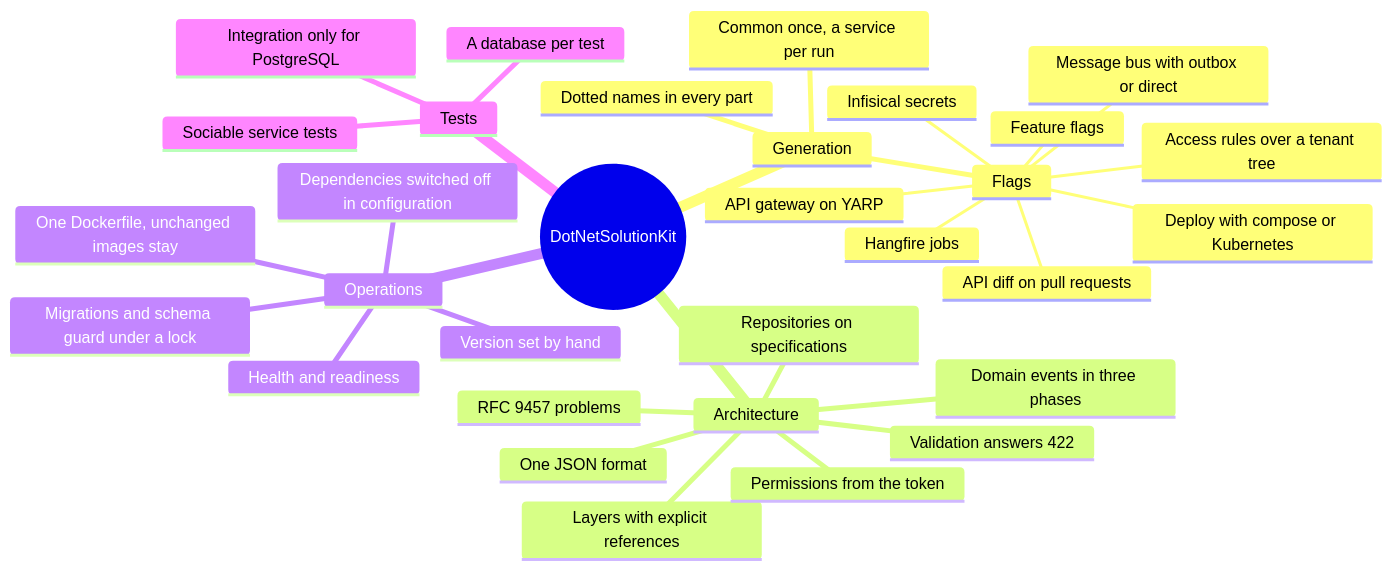
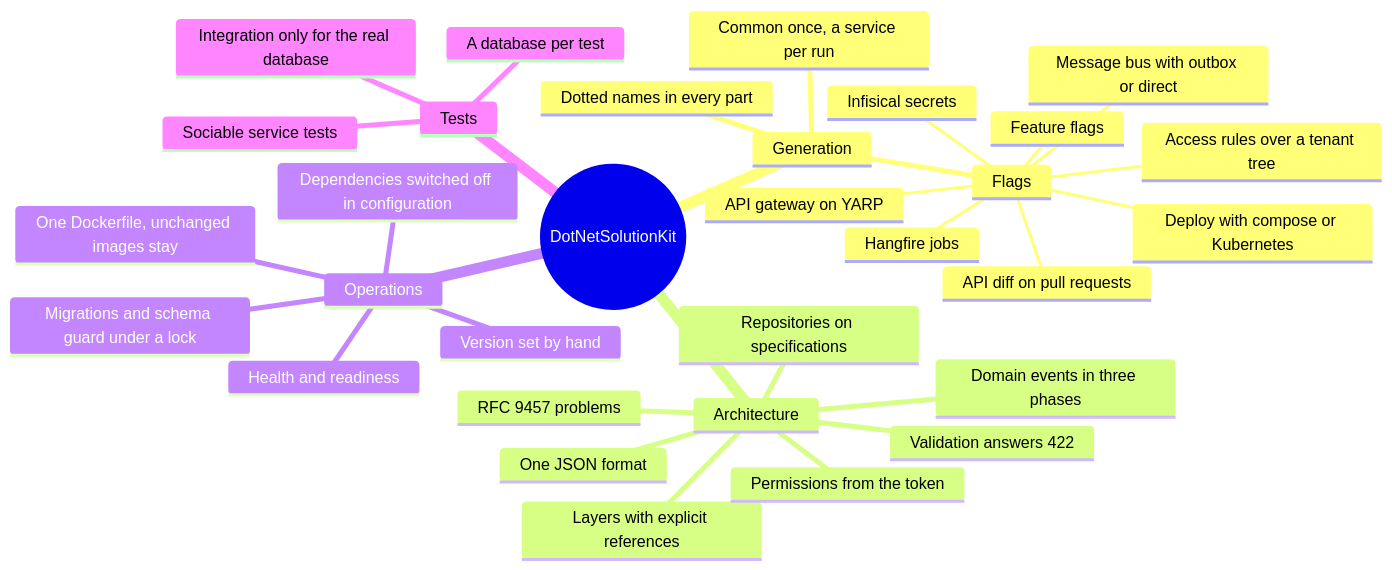
Before and after one commit to Vovanda/DotNetSolutionKit: the diagram in docs/README.md, drawn with Mermaid. The commit also changed 33 other files, not shown here.

````diff
--- a/docs/README.md
+++ b/docs/README.md
@@ -5,34 +5,34 @@
 ```mermaid
 mindmap
   root((DotNetSolutionKit))
     Generation
       Common once, a service per run
       Dotted names in every part
       Flags
         Hangfire jobs
         Message bus with outbox or direct
         Infisical secrets
         Feature flags
         API diff on pull requests
         Access rules over a tenant tree
         API gateway on YARP
         Deploy with compose or Kubernetes
     Architecture
       Layers with explicit references
       Domain events in three phases
       Repositories on specifications
       RFC 9457 problems
       Validation answers 422
       Permissions from the token
       One JSON format
     Operations
       One Dockerfile, unchanged images stay
       Health and readiness
       Migrations and schema guard under a lock
       Dependencies switched off in configuration
       Version set by hand
     Tests
       Sociable service tests
       A database per test
-      Integration only for PostgreSQL
+      Integration only for the real database
 ```
````
